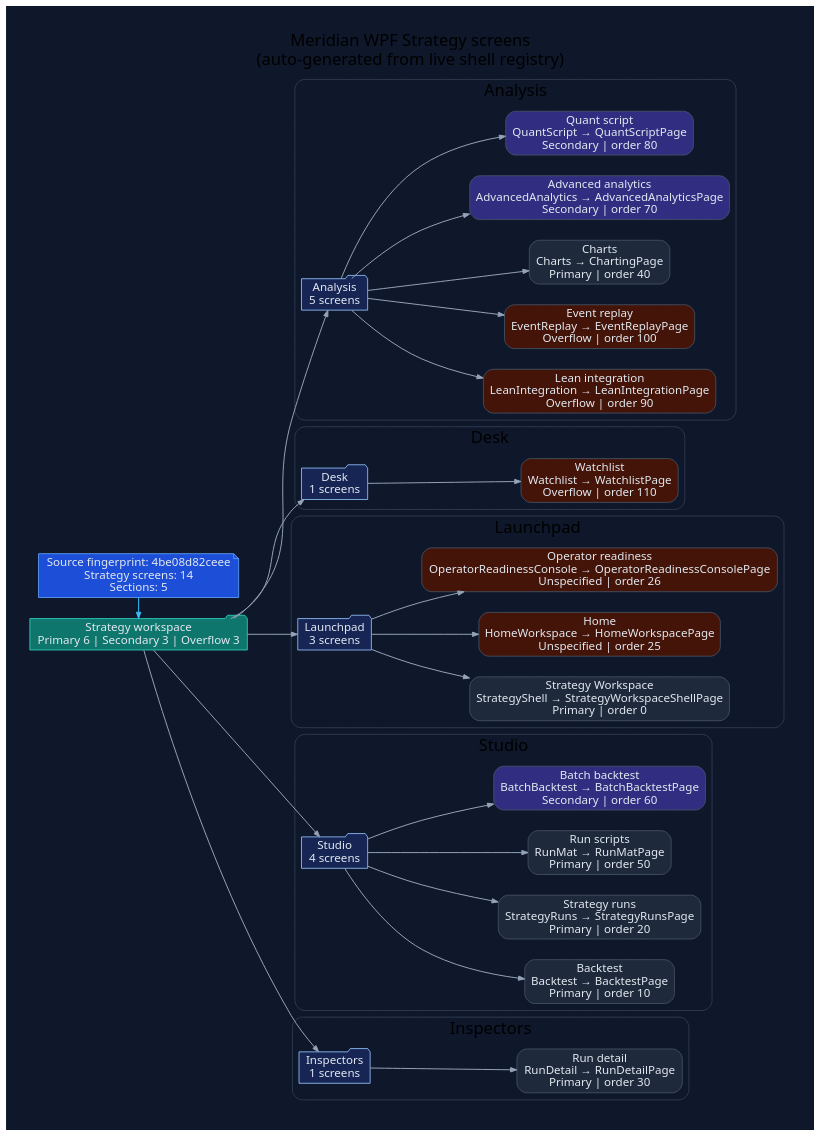
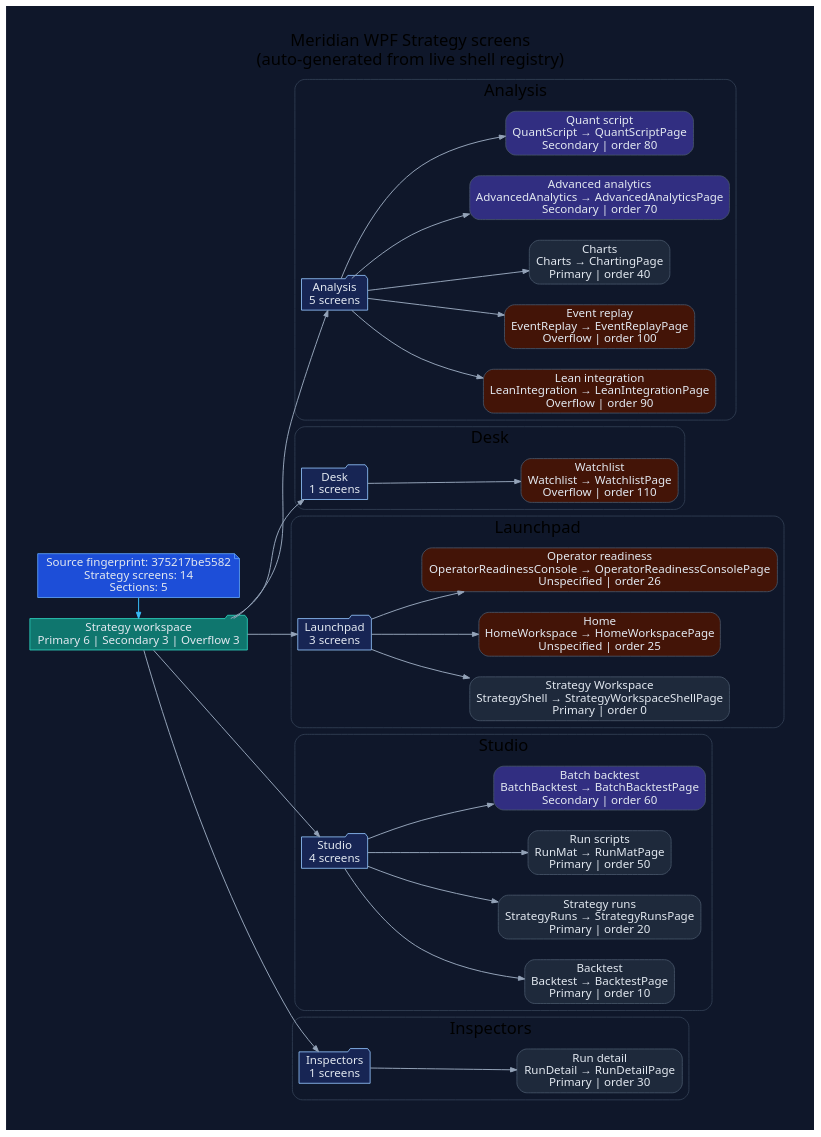
One commit to rodoHasArrived/Meridian-main changed the diagram in docs/diagrams/ui-wpf-screens-strategy.dot. Above: the diagram before and after it, drawn with Graphviz. The commit also changed 158 other files, not shown here.

```diff
--- a/docs/diagrams/ui-wpf-screens-strategy.dot
+++ b/docs/diagrams/ui-wpf-screens-strategy.dot
@@ -1,94 +1,94 @@
 // -----------------------------------------------------------------------------
 // <auto-generated>
 // Generated by scripts/generate-diagrams.mjs.
 // Do not edit this file directly; update the WPF source files instead.
 // -----------------------------------------------------------------------------
 digraph WpfStrategyScreens {
   graph [
     rankdir=LR,
     labelloc=t,
     label="Meridian WPF Strategy screens\n(auto-generated from live shell registry)",
     fontname="Segoe UI",
     fontsize=20,
     pad=0.4,
     nodesep=0.35,
     ranksep=0.85,
     bgcolor="#0f172a"
   ];
   node [fontname="Segoe UI", shape=box, style="rounded,filled", color="#475569", fontcolor="#e2e8f0", fillcolor="#1e293b"];
   edge [fontname="Segoe UI", color="#94a3b8", penwidth=1.2, arrowsize=0.75];
 
-  generated [shape=note, fillcolor="#1d4ed8", color="#60a5fa", label="Source fingerprint: 4be08d82ceee\nStrategy screens: 14\nSections: 5"];
+  generated [shape=note, fillcolor="#1d4ed8", color="#60a5fa", label="Source fingerprint: 375217be5582\nStrategy screens: 14\nSections: 5"];
   workspace [shape=folder, fillcolor="#0f766e", color="#2dd4bf", label="Strategy workspace\nPrimary 6 | Secondary 3 | Overflow 3"];
   generated -> workspace [color="#38bdf8"];
 
   subgraph cluster_section_1 {
     label="Analysis";
     color="#334155";
     style="rounded";
     section_1 [shape=folder, fillcolor="#172554", color="#93c5fd", label="Analysis\n5 screens"];
     workspace -> section_1;
     screen_LeanIntegration [fillcolor="#431407", label="Lean integration\nLeanIntegration → LeanIntegrationPage\nOverflow | order 90"];
     section_1 -> screen_LeanIntegration;
     screen_EventReplay [fillcolor="#431407", label="Event replay\nEventReplay → EventReplayPage\nOverflow | order 100"];
     section_1 -> screen_EventReplay;
     screen_Charts [fillcolor="#1e293b", label="Charts\nCharts → ChartingPage\nPrimary | order 40"];
     section_1 -> screen_Charts;
     screen_AdvancedAnalytics [fillcolor="#312e81", label="Advanced analytics\nAdvancedAnalytics → AdvancedAnalyticsPage\nSecondary | order 70"];
     section_1 -> screen_AdvancedAnalytics;
     screen_QuantScript [fillcolor="#312e81", label="Quant script\nQuantScript → QuantScriptPage\nSecondary | order 80"];
     section_1 -> screen_QuantScript;
   }
 
   subgraph cluster_section_2 {
     label="Desk";
     color="#334155";
     style="rounded";
     section_2 [shape=folder, fillcolor="#172554", color="#93c5fd", label="Desk\n1 screens"];
     workspace -> section_2;
     screen_Watchlist [fillcolor="#431407", label="Watchlist\nWatchlist → WatchlistPage\nOverflow | order 110"];
     section_2 -> screen_Watchlist;
   }
 
   subgraph cluster_section_3 {
     label="Launchpad";
     color="#334155";
     style="rounded";
     section_3 [shape=folder, fillcolor="#172554", color="#93c5fd", label="Launchpad\n3 screens"];
     workspace -> section_3;
     screen_StrategyShell [fillcolor="#1e293b", label="Strategy Workspace\nStrategyShell → StrategyWorkspaceShellPage\nPrimary | order 0"];
     section_3 -> screen_StrategyShell;
     screen_HomeWorkspace [fillcolor="#431407", label="Home\nHomeWorkspace → HomeWorkspacePage\nUnspecified | order 25"];
     section_3 -> screen_HomeWorkspace;
     screen_OperatorReadinessConsole [fillcolor="#431407", label="Operator readiness\nOperatorReadinessConsole → OperatorReadinessConsolePage\nUnspecified | order 26"];
     section_3 -> screen_OperatorReadinessConsole;
   }
 
   subgraph cluster_section_4 {
     label="Studio";
     color="#334155";
     style="rounded";
     section_4 [shape=folder, fillcolor="#172554", color="#93c5fd", label="Studio\n4 screens"];
     workspace -> section_4;
     screen_Backtest [fillcolor="#1e293b", label="Backtest\nBacktest → BacktestPage\nPrimary | order 10"];
     section_4 -> screen_Backtest;
     screen_StrategyRuns [fillcolor="#1e293b", label="Strategy runs\nStrategyRuns → StrategyRunsPage\nPrimary | order 20"];
     section_4 -> screen_StrategyRuns;
     screen_RunMat [fillcolor="#1e293b", label="Run scripts\nRunMat → RunMatPage\nPrimary | order 50"];
     section_4 -> screen_RunMat;
     screen_BatchBacktest [fillcolor="#312e81", label="Batch backtest\nBatchBacktest → BatchBacktestPage\nSecondary | order 60"];
     section_4 -> screen_BatchBacktest;
   }
 
   subgraph cluster_section_5 {
     label="Inspectors";
     color="#334155";
     style="rounded";
     section_5 [shape=folder, fillcolor="#172554", color="#93c5fd", label="Inspectors\n1 screens"];
     workspace -> section_5;
     screen_RunDetail [fillcolor="#1e293b", label="Run detail\nRunDetail → RunDetailPage\nPrimary | order 30"];
     section_5 -> screen_RunDetail;
   }
 
   { rank=min; generated; workspace; }
 }
```
